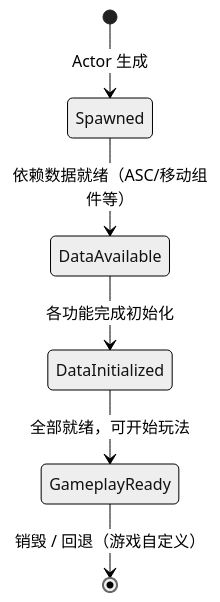
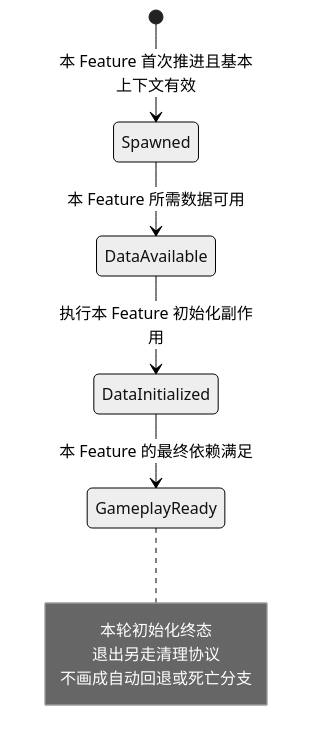
One commit to fantuan812/learning changed the fourth of 5 diagrams in 知识/05-Gameplay与交互系统/玩法架构与任务协作/08-ModularGameplay模块化玩法.md. Above: the diagram before and after it, drawn with Mermaid (neutral theme). The commit also changed other lines of this file and 2 other files, not shown here.

Commit message:
docs: 纠正 ModularGameplay 初始化与 Lyra 源码生命周期解读

````diff
--- a/知识/05-Gameplay与交互系统/玩法架构与任务协作/08-ModularGameplay模块化玩法.md
+++ b/知识/05-Gameplay与交互系统/玩法架构与任务协作/08-ModularGameplay模块化玩法.md
@@ -140,8 +147,12 @@
 ```mermaid
 stateDiagram-v2
-    [*] --> Spawned: Actor 生成
-    Spawned --> DataAvailable: 依赖数据就绪（ASC/移动组件等）
-    DataAvailable --> DataInitialized: 各功能完成初始化
-    DataInitialized --> GameplayReady: 全部就绪，可开始玩法
-    GameplayReady --> [*]: 销毁 / 回退（游戏自定义）
+    [*] --> Spawned: 本 Feature 首次推进且基本上下文有效
+    Spawned --> DataAvailable: 本 Feature 所需数据可用
+    DataAvailable --> DataInitialized: 执行本 Feature 初始化副作用
+    DataInitialized --> GameplayReady: 本 Feature 的最终依赖满足
+    note right of GameplayReady
+        本轮初始化终态
+        退出另走清理协议
+        不画成自动回退或死亡分支
+    end note
 ```
````
